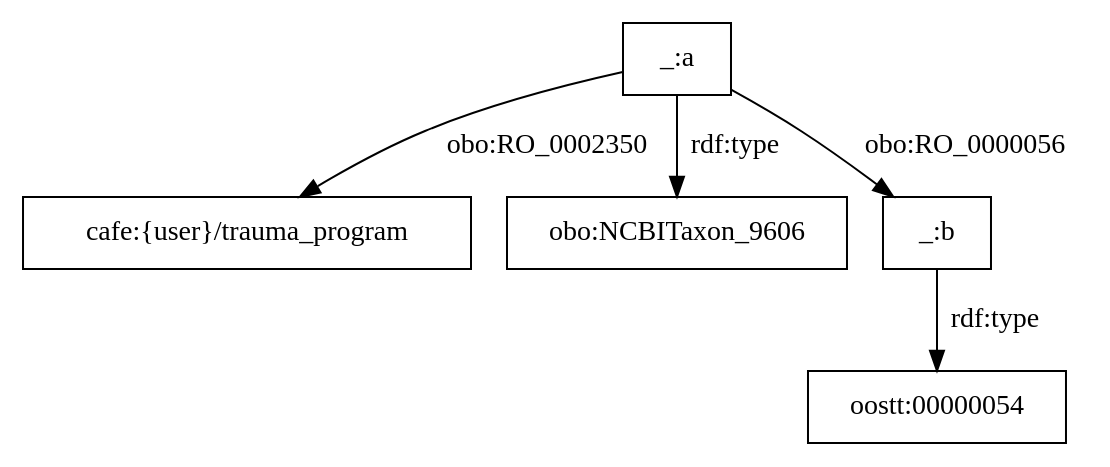
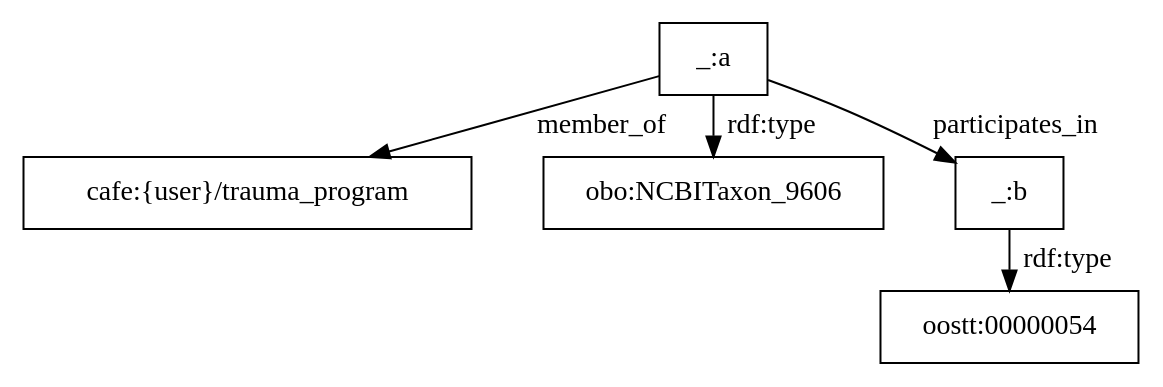
Before and after one commit to utecht/dideo-server: the diagram in cafe/graphs/134.dot, drawn with Graphviz. The commit also changed 19 other files, not shown here.

Commit message:
changed graph format, added more statements

```diff
--- a/cafe/graphs/134.dot
+++ b/cafe/graphs/134.dot
@@ -1,6 +1,7 @@
 digraph g { node [shape=rectangle];
-"_:a" -> "cafe:{user}/trauma_program" [label="obo:RO_0002350"]
+graph [splines=true, nodesep=.5, ranksep=0, overlap=false];
+"_:a" -> "cafe:{user}/trauma_program" [label="member_of"]
 "_:a" -> "obo:NCBITaxon_9606" [label="rdf:type"]
-"_:a" -> "_:b" [label="obo:RO_0000056"]
+"_:a" -> "_:b" [label="participates_in"]
 "_:b" -> "oostt:00000054" [label="rdf:type"]
 }
```
